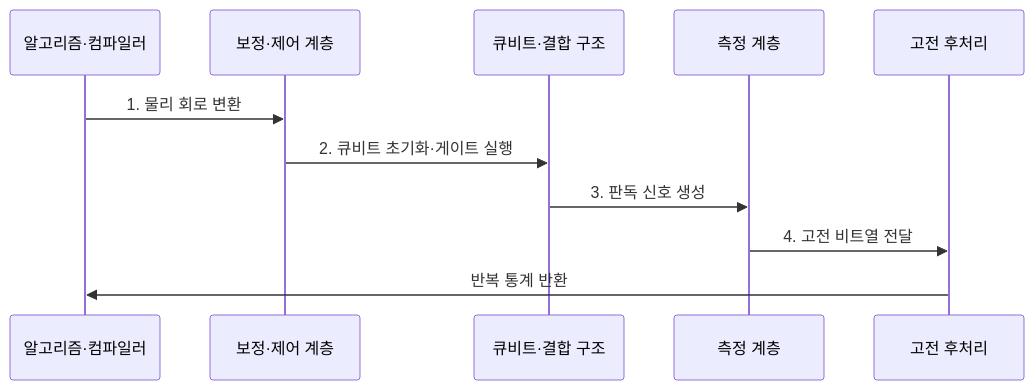
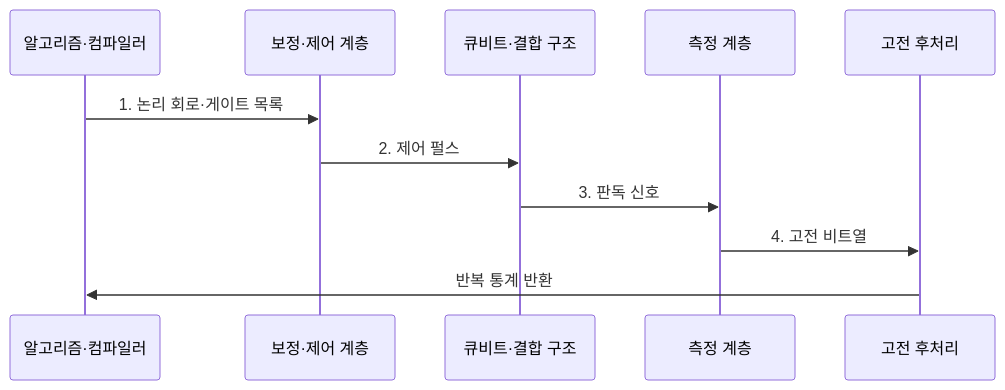
Before and after one commit to agnusdei1207/knowledge-base: the second of 2 diagrams in src/content/docs/notes/02-hardware/072_quantum_computing_qubit.md, drawn with Mermaid. The commit also changed other lines of this file and 20 other files, not shown here.

````diff
--- a/src/content/docs/notes/02-hardware/072_quantum_computing_qubit.md
+++ b/src/content/docs/notes/02-hardware/072_quantum_computing_qubit.md
@@ -97,14 +100,14 @@
 ```mermaid
 sequenceDiagram
     participant A as 알고리즘·컴파일러
     participant B as 보정·제어 계층
     participant Q as 큐비트·결합 구조
     participant M as 측정 계층
     participant H as 고전 후처리
 
-    A->>B: 1. 물리 회로 변환
-    B->>Q: 2. 큐비트 초기화·게이트 실행
-    Q->>M: 3. 판독 신호 생성
-    M->>H: 4. 고전 비트열 전달
+    A->>B: 1. 논리 회로·게이트 목록
+    B->>Q: 2. 제어 펄스
+    Q->>M: 3. 판독 신호
+    M->>H: 4. 고전 비트열
     H->>A: 반복 통계 반환
 ```
````
